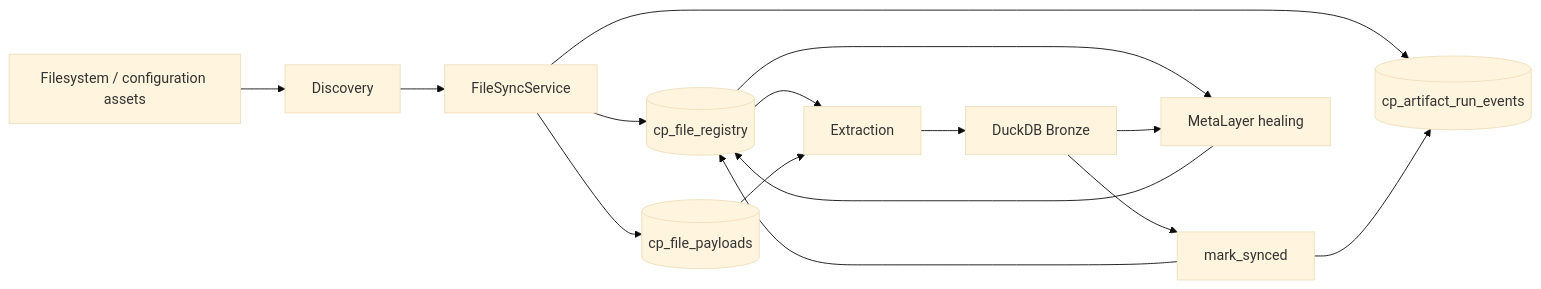
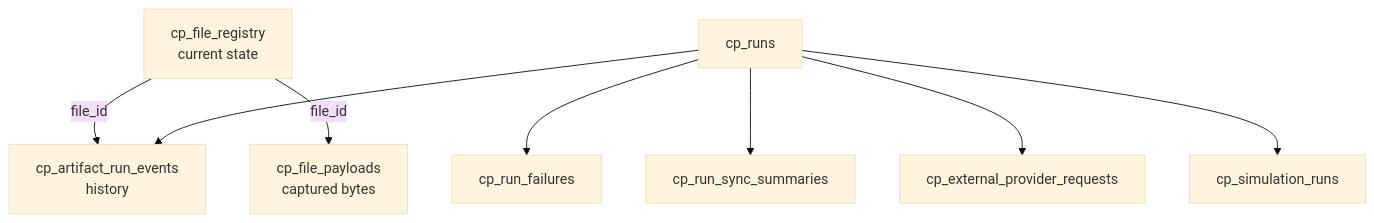
One commit to tks18/personal-finance-etl changed the second of 6 diagrams in docs/architecture/control-plane-artifact-lifecycle.md. Above: the diagram before and after it, drawn with Mermaid (base theme). The commit also changed other lines of this file and 10 other files, not shown here.

Commit message:
docs: update docs/architecture for latest version

````diff
--- a/docs/architecture/control-plane-artifact-lifecycle.md
+++ b/docs/architecture/control-plane-artifact-lifecycle.md
@@ -26,19 +91,10 @@
 ```mermaid
-flowchart LR
-    FS[Filesystem / configuration assets] --> DISC[Discovery]
-    DISC --> SYNC[FileSyncService]
-    SYNC --> REG[(cp_file_registry)]
-    SYNC --> PAY[(cp_file_payloads)]
-    SYNC --> EVT[(cp_artifact_run_events)]
-
-    REG --> EXT[Extraction]
-    PAY --> EXT
-    EXT --> BR[DuckDB Bronze]
-    BR --> DONE[mark_synced]
-    DONE --> REG
-    DONE --> EVT
-
-    REG --> HEAL[MetaLayer healing]
-    BR --> HEAL
-    HEAL --> REG
+flowchart TD
+    REG[cp_file_registry<br/>current state] -->|file_id| EVT[cp_artifact_run_events<br/>history]
+    REG -->|file_id| PAY[cp_file_payloads<br/>captured bytes]
+    RUN[cp_runs] --> EVT
+    RUN --> FAIL[cp_run_failures]
+    RUN --> SYNC[cp_run_sync_summaries]
+    RUN --> PROV[cp_external_provider_requests]
+    RUN --> SIM[cp_simulation_runs]
 ```
````
